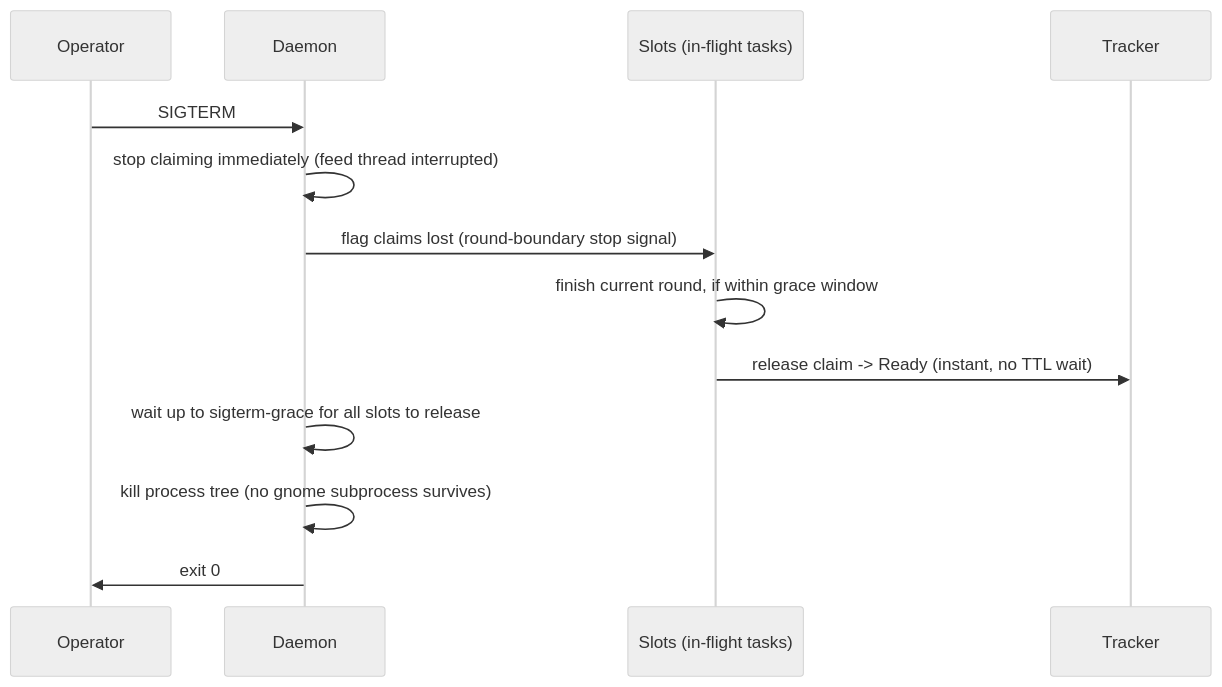
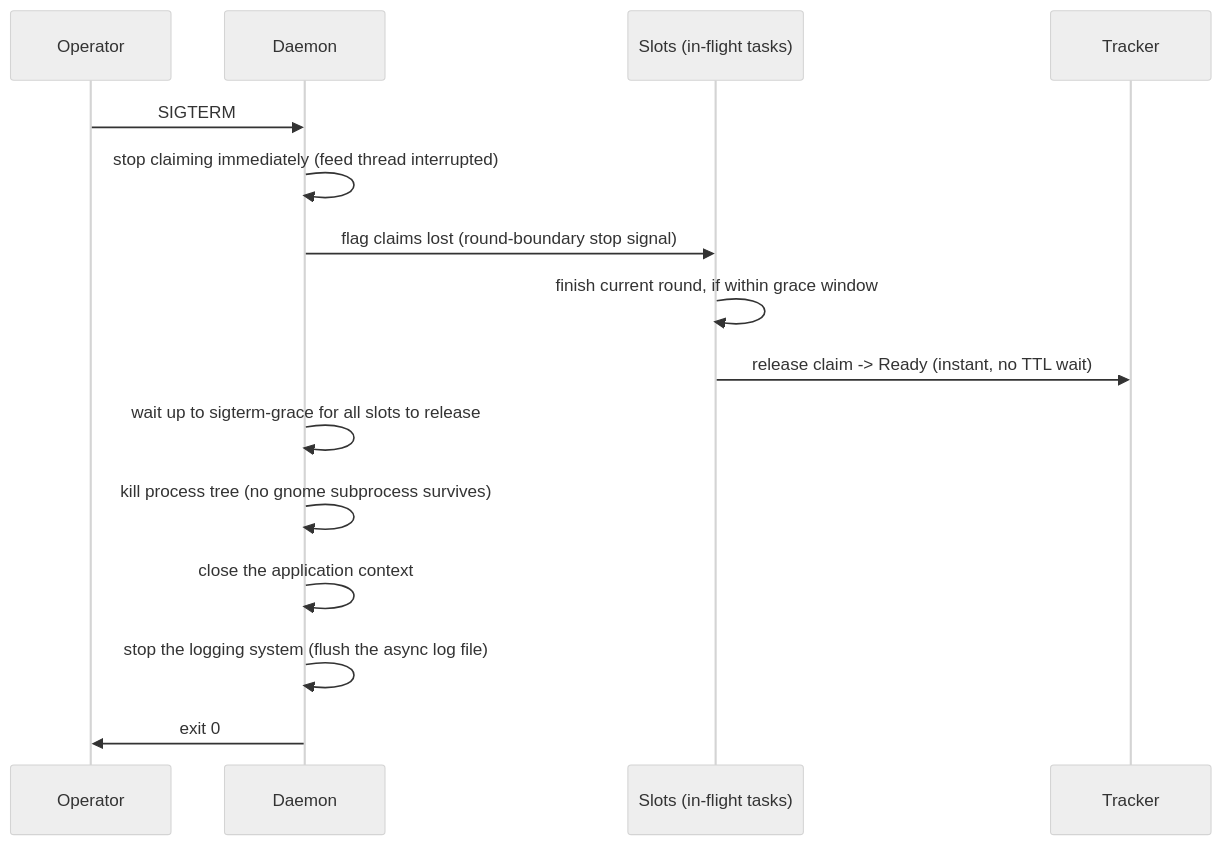
The first of 2 diagrams in docs/guides/operator-guide-serve.md (oinsio/gnomish-factory), drawn with Mermaid (neutral theme) before and after one commit. The commit also changed other lines of this file and 448 other files, not shown here.

````diff
--- a/docs/guides/operator-guide-serve.md
+++ b/docs/guides/operator-guide-serve.md
@@ -96,16 +96,18 @@
 ```mermaid
 sequenceDiagram
     participant Op as Operator
     participant D as Daemon
     participant S as Slots (in-flight tasks)
     participant Gh as Tracker
 
     Op->>D: SIGTERM
     D->>D: stop claiming immediately (feed thread interrupted)
     D->>S: flag claims lost (round-boundary stop signal)
     S->>S: finish current round, if within grace window
     S->>Gh: release claim -> Ready (instant, no TTL wait)
     D->>D: wait up to sigterm-grace for all slots to release
     D->>D: kill process tree (no gnome subprocess survives)
+    D->>D: close the application context
+    D->>D: stop the logging system (flush the async log file)
     D->>Op: exit 0
 ```
````
